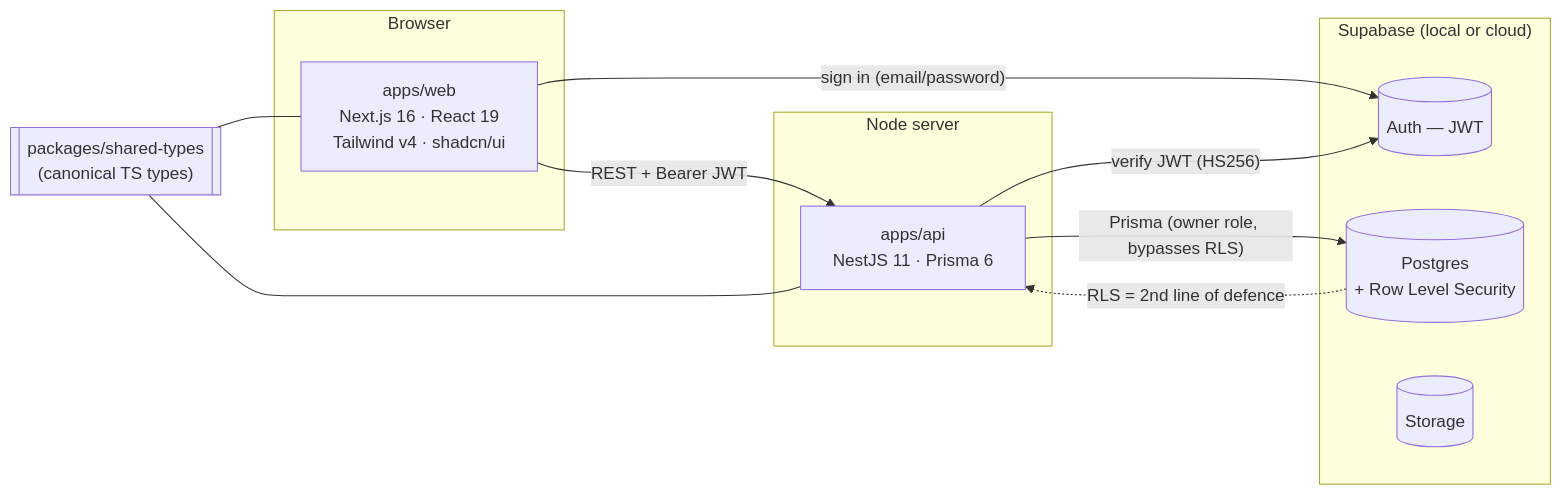
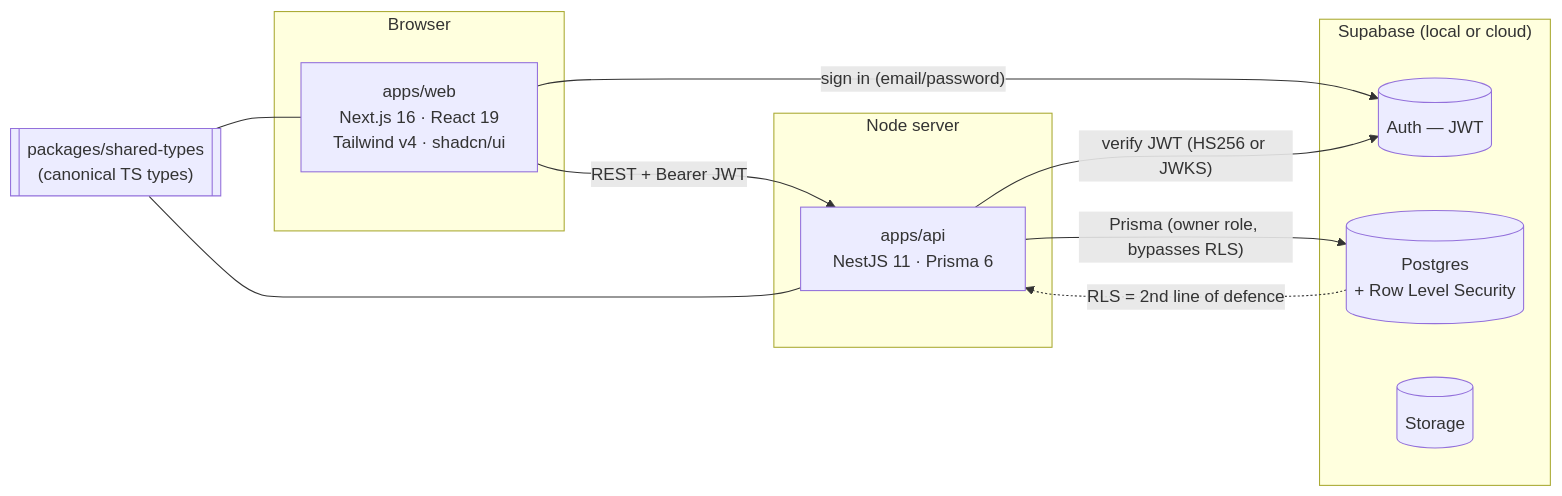
Before and after one commit to tonyaiukco/TonyAI-mono-repo: the diagram in README.md, drawn with Mermaid. The commit also changed other lines of this file and 11 other files, not shown here.

````diff
--- a/README.md
+++ b/README.md
@@ -83,26 +83,26 @@
 ```mermaid
 flowchart LR
   subgraph Browser
     Web["apps/web<br/>Next.js 16 · React 19<br/>Tailwind v4 · shadcn/ui"]
   end
 
   subgraph "Node server"
     API["apps/api<br/>NestJS 11 · Prisma 6"]
   end
 
   subgraph Supabase["Supabase (local or cloud)"]
     Auth[("Auth — JWT")]
     DB[("Postgres<br/>+ Row Level Security")]
     Storage[("Storage")]
   end
 
   Shared[["packages/shared-types<br/>(canonical TS types)"]]
 
   Web -- "sign in (email/password)" --> Auth
   Web -- "REST + Bearer JWT" --> API
-  API -- "verify JWT (HS256)" --> Auth
+  API -- "verify JWT (HS256 or JWKS)" --> Auth
   API -- "Prisma (owner role, bypasses RLS)" --> DB
   DB -. "RLS = 2nd line of defence" .-> API
   Shared --- Web
   Shared --- API
 ```
````
